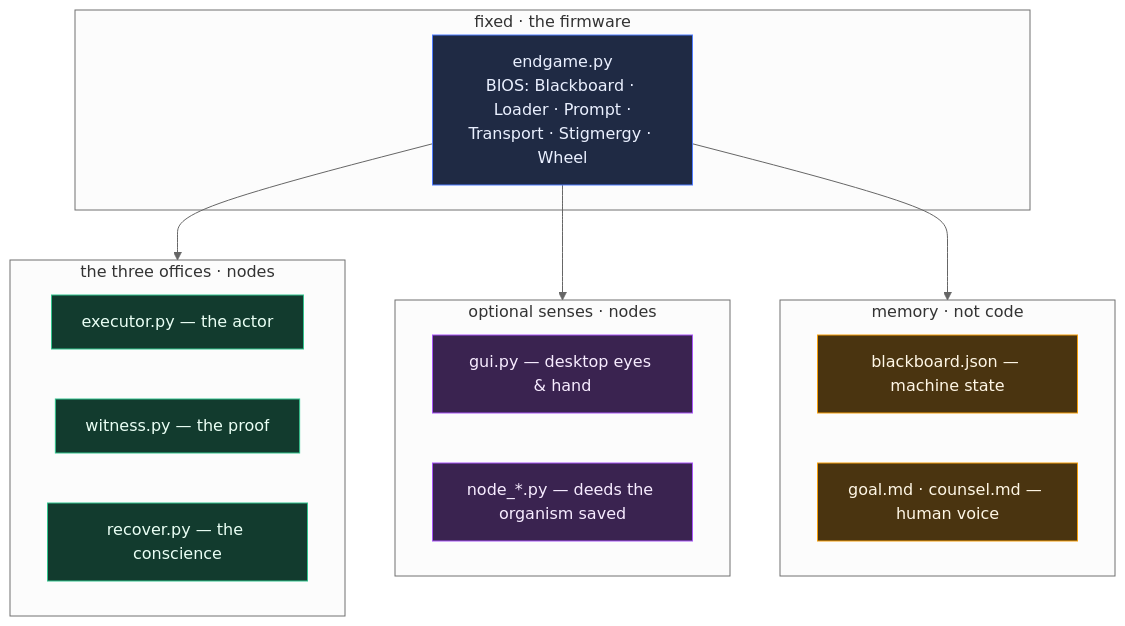
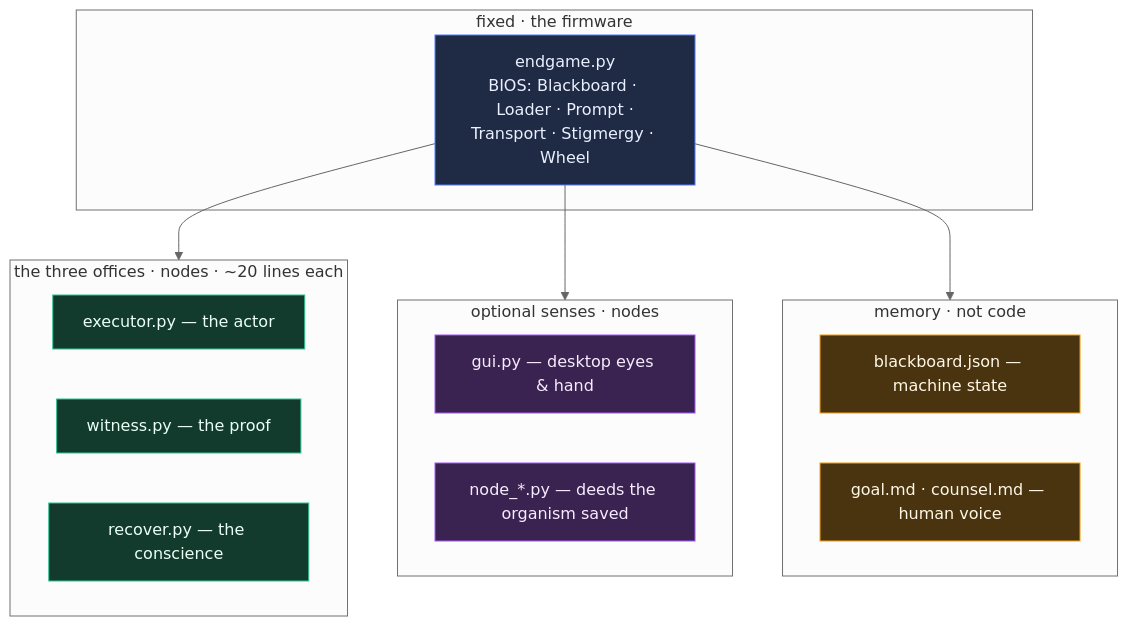
Before and after one commit to wgabrys88/endgame-ai: diagram 11 of 11 in README.md, drawn with Mermaid (neutral theme). The commit also changed other lines of this file, not shown here.

````diff
--- a/README.md
+++ b/README.md
@@ -319,31 +419,31 @@
 ```mermaid
 flowchart TB
     subgraph FIXED["fixed · the firmware"]
       K["endgame.py<br/>BIOS: Blackboard · Loader · Prompt ·<br/>Transport · Stigmergy · Wheel"]
     end
-    subgraph FACULTIES["the three offices · nodes"]
+    subgraph FACULTIES["the three offices · nodes · ~20 lines each"]
       E["executor.py — the actor"]
       W["witness.py — the proof"]
       R["recover.py — the conscience"]
     end
     subgraph SENSES["optional senses · nodes"]
       G["gui.py — desktop eyes & hand"]
       N["node_*.py — deeds the organism saved"]
     end
     subgraph STATE["memory · not code"]
       J["blackboard.json — machine state"]
       GO["goal.md · counsel.md — human voice"]
     end
     K --> FACULTIES
     K --> SENSES
     K --> STATE
 
     classDef fx fill:#1f2a44,stroke:#4f7cff,color:#eaf0ff;
     classDef fc fill:#123b2e,stroke:#31c48d,color:#eafff5;
     classDef sn fill:#3a2350,stroke:#a855f7,color:#f7ecff;
     classDef st fill:#4a3410,stroke:#f59e0b,color:#fff7e6;
     class K fx;
     class E,W,R fc;
     class G,N sn;
     class J,GO st;
 ```
````
